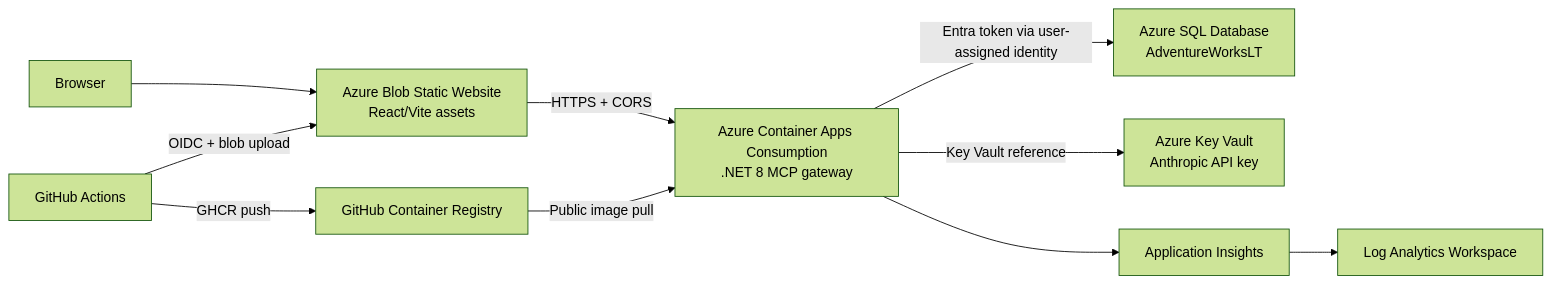
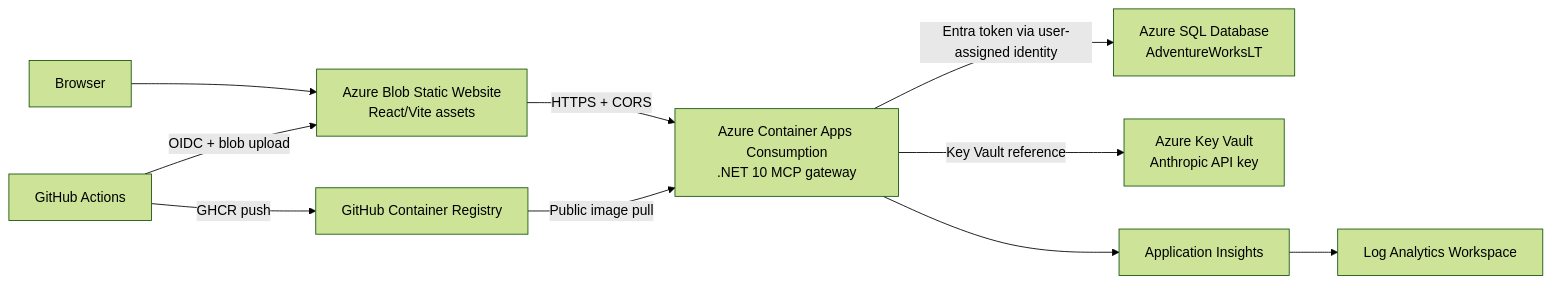
Before and after one commit to ellisbirt/adventure-works-mcp-server: the first of 4 diagrams in README.md, drawn with Mermaid (forest theme). The commit also changed other lines of this file and 16 other files, not shown here.

````diff
--- a/README.md
+++ b/README.md
@@ -13,12 +13,12 @@
 ```mermaid
 flowchart LR
 	User[Browser] --> Frontend[Azure Blob Static Website<br/>React/Vite assets]
-	Frontend -->|HTTPS + CORS| Gateway[Azure Container Apps Consumption<br/>.NET 8 MCP gateway]
+	Frontend -->|HTTPS + CORS| Gateway[Azure Container Apps Consumption<br/>.NET 10 MCP gateway]
 	Gateway -->|Entra token via user-assigned identity| SQL[Azure SQL Database<br/>AdventureWorksLT]
 	Gateway -->|Key Vault reference| Vault[Azure Key Vault<br/>Anthropic API key]
 	Gateway --> Insights[Application Insights]
 	Insights --> Logs[Log Analytics Workspace]
 	GitHub[GitHub Actions] -->|OIDC + blob upload| Frontend
 	GitHub -->|GHCR push| Registry[GitHub Container Registry]
 	Registry -->|Public image pull| Gateway
 ```
````
